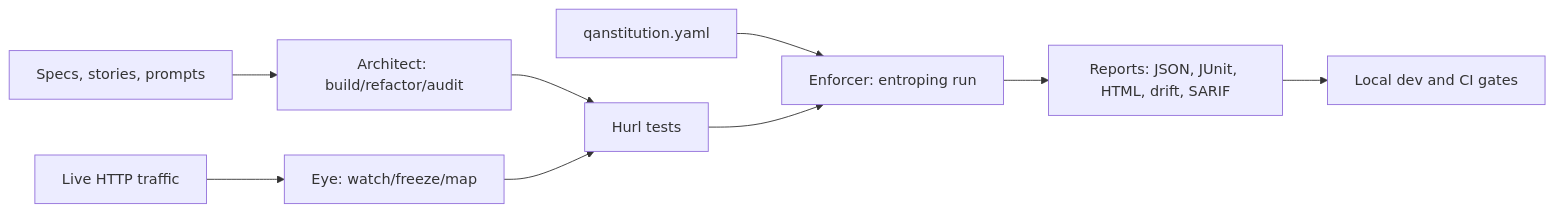
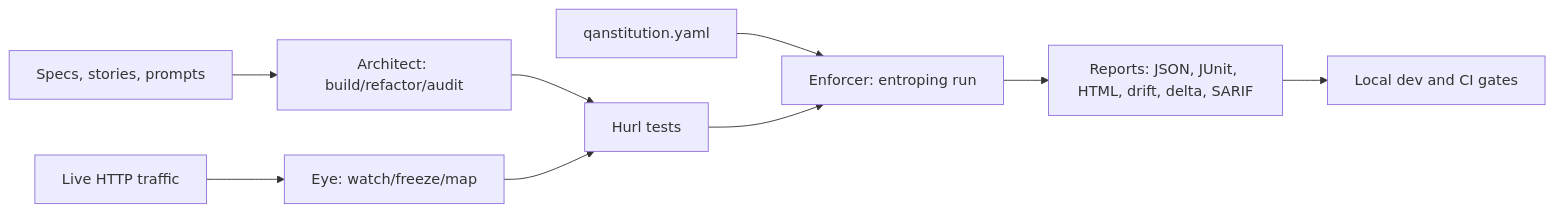
The first of 2 diagrams in README.md (sakibshuvo/Entroping), drawn with Mermaid before and after one commit. The commit also changed other lines of this file and 16 other files, not shown here.

Commit message:
feat(report): add run delta reports

````diff
--- a/README.md
+++ b/README.md
@@ -114,11 +114,11 @@
 ```mermaid
 flowchart LR
   Intent["Specs, stories, prompts"] --> Architect["Architect: build/refactor/audit"]
   Traffic["Live HTTP traffic"] --> Eye["Eye: watch/freeze/map"]
   Architect --> Tests["Hurl tests"]
   Eye --> Tests
   Law["qanstitution.yaml"] --> Enforcer["Enforcer: entroping run"]
   Tests --> Enforcer
-  Enforcer --> Reports["Reports: JSON, JUnit, HTML, drift, SARIF"]
+  Enforcer --> Reports["Reports: JSON, JUnit, HTML, drift, delta, SARIF"]
   Reports --> CI["Local dev and CI gates"]
 ```
````
